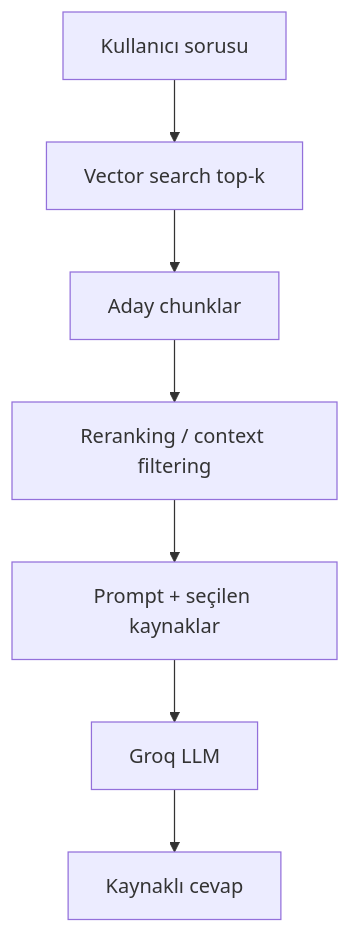
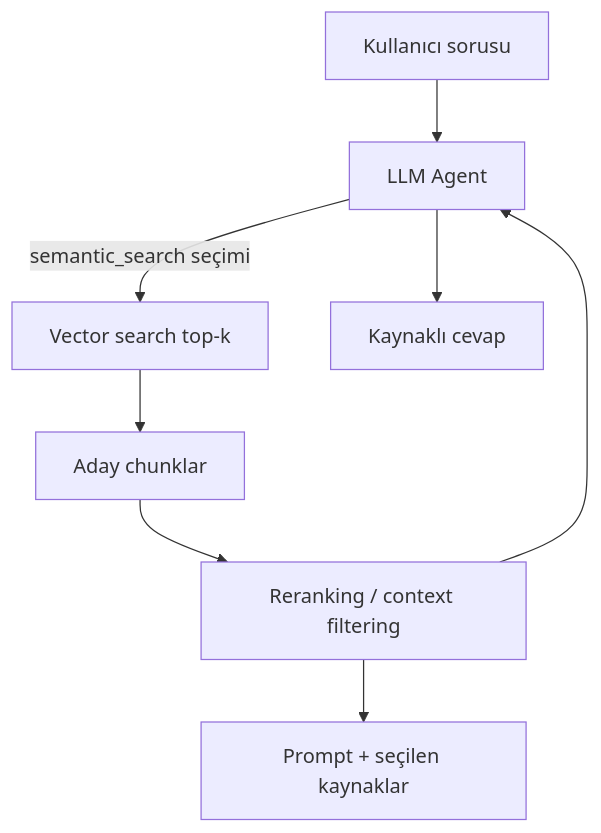
Before and after one commit to mervenurdurmus/Maintenance-Agent: the second of 2 diagrams in docs/architecture.md, drawn with Mermaid. The commit also changed other lines of this file and 48 other files, not shown here.

````diff
--- a/docs/architecture.md
+++ b/docs/architecture.md
@@ -177,9 +172,10 @@
 ```mermaid
 flowchart TD
-    Question["Kullanıcı sorusu"] --> Search["Vector search top-k"]
+    Question["Kullanıcı sorusu"] --> Agent["LLM Agent"]
+    Agent -->|semantic_search seçimi| Search["Vector search top-k"]
     Search --> Contexts["Aday chunklar"]
     Contexts --> Rerank["Reranking / context filtering"]
     Rerank --> Prompt["Prompt + seçilen kaynaklar"]
-    Prompt --> LLM["Groq LLM"]
-    LLM --> Answer["Kaynaklı cevap"]
+    Rerank --> Agent
+    Agent --> Answer["Kaynaklı cevap"]
 ```
````
